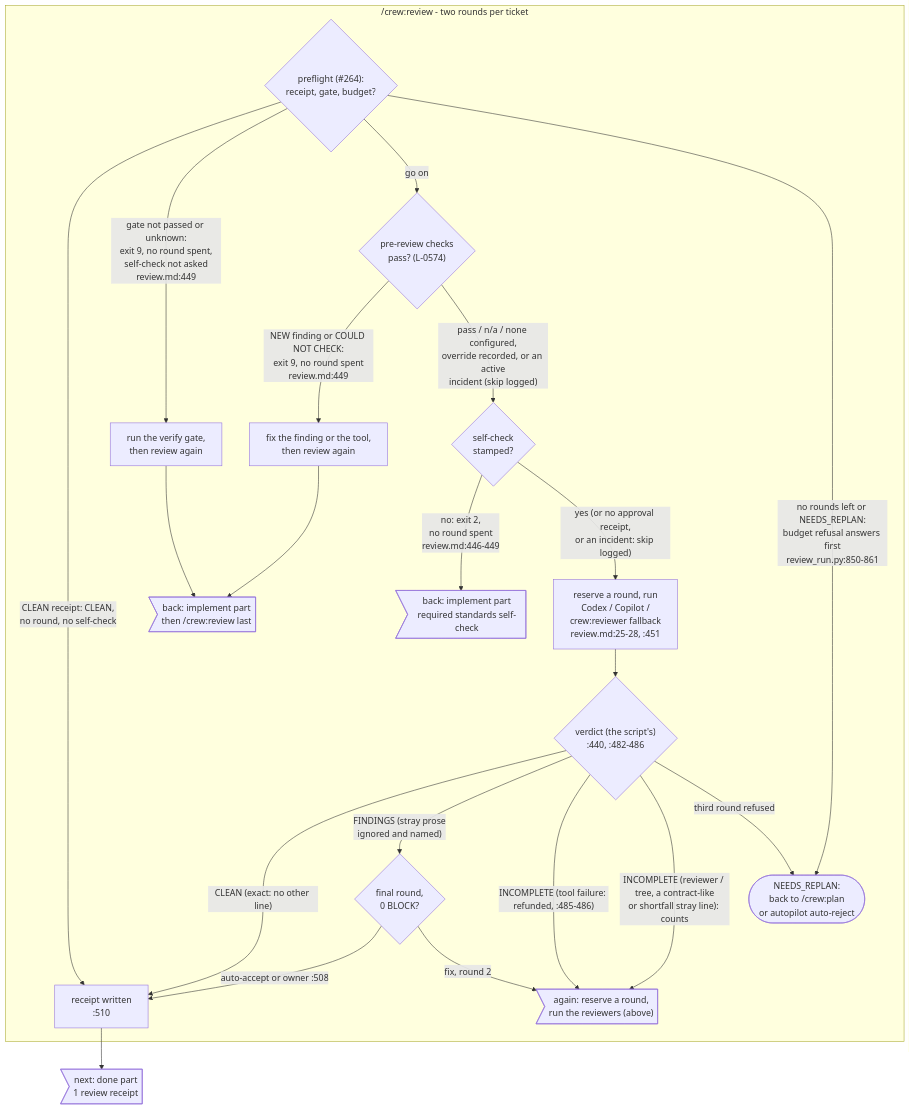
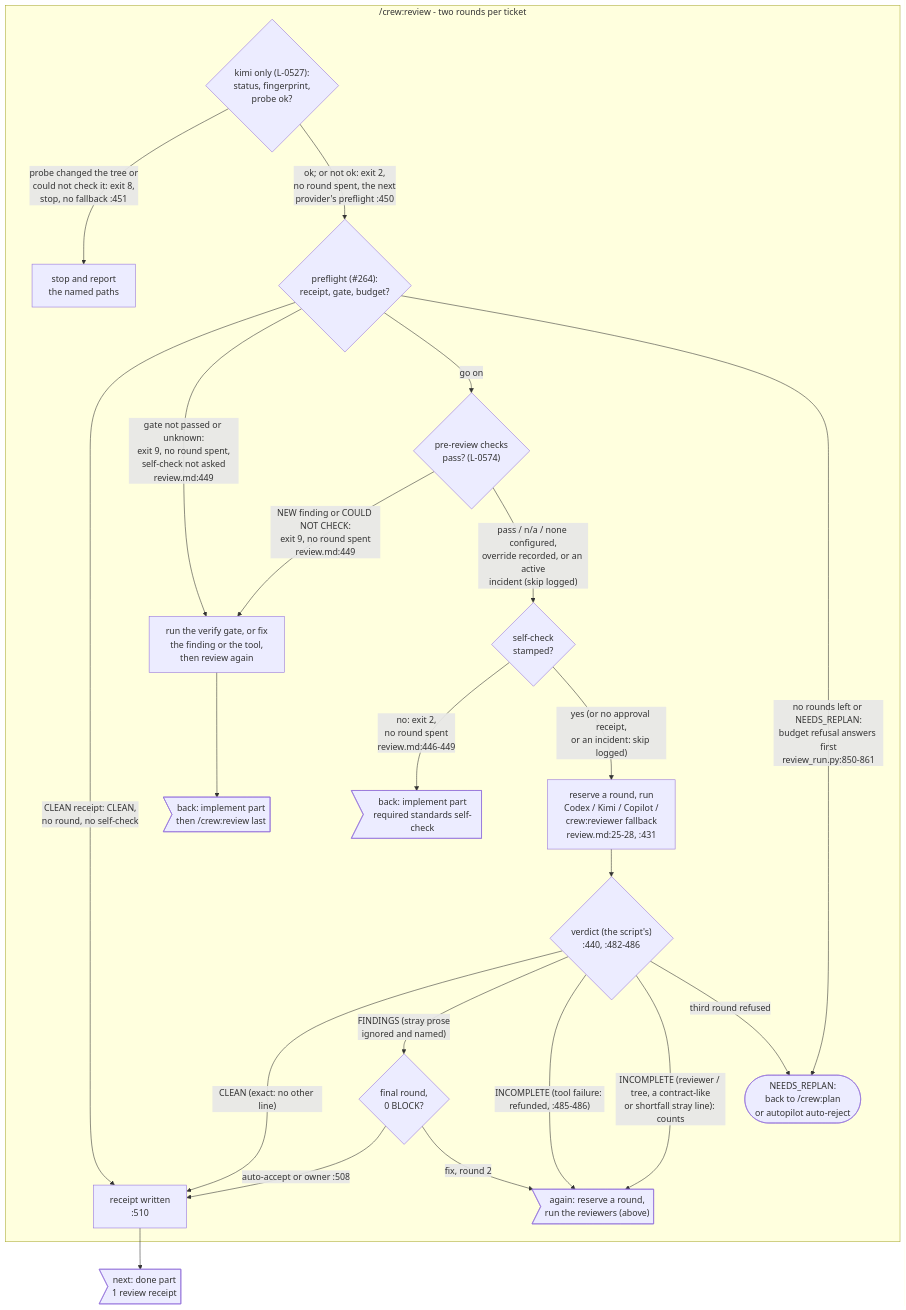
One commit to mbadali25/useful-claude-add-ons changed diagram 30 of 36 in docs/diagrams/README.md. Above: the diagram before and after it, drawn with Mermaid. The commit also changed other lines of this file and 10 other files, not shown here.

First line of the commit message:
L-0527 group review: a tree unknown after the probe stops (exit 8); Windows ends Kimi's job and waits for it to empty; the review diagram shows the Kimi path

````diff
--- a/docs/diagrams/README.md
+++ b/docs/diagrams/README.md
@@ -1137,29 +1137,31 @@
 ```mermaid
 flowchart TB
     subgraph review["/crew:review - two rounds per ticket"]
+        kp0{"kimi only (L-0527):<br/>status, fingerprint,<br/>probe ok?"}
+        kp0 -- "probe changed the tree or<br/>could not check it: exit 8,<br/>stop, no fallback :451" --> kx0["stop and report<br/>the named paths"]
+        kp0 -- "ok; or not ok: exit 2,<br/>no round spent, the next<br/>provider's preflight :450" --> pf0
         pf0{"preflight (#264):<br/>receipt, gate, budget?"}
         pf0 -- "CLEAN receipt: CLEAN,<br/>no round, no self-check" --> rcpt
-        pf0 -- "gate not passed or unknown:<br/>exit 9, no round spent,<br/>self-check not asked<br/>review.md:449" --> vg0["run the verify gate,<br/>then review again"]
-        vg0 --> to_im5
+        pf0 -- "gate not passed or unknown:<br/>exit 9, no round spent,<br/>self-check not asked<br/>review.md:449" --> fx0
         pf0 -- "go on" --> pr0{"pre-review checks<br/>pass? (L-0574)"}
-        pr0 -- "NEW finding or COULD NOT CHECK:<br/>exit 9, no round spent<br/>review.md:449" --> fx0["fix the finding or the tool,<br/>then review again"]
+        pr0 -- "NEW finding or COULD NOT CHECK:<br/>exit 9, no round spent<br/>review.md:449" --> fx0["run the verify gate, or fix<br/>the finding or the tool,<br/>then review again"]
         fx0 --> to_im5
         pr0 -- "pass / n/a / none configured,<br/>override recorded, or an active<br/>incident (skip logged)" --> rv0{"self-check<br/>stamped?"}
         pf0 -- "no rounds left or NEEDS_REPLAN:<br/>budget refusal answers first<br/>review_run.py:850-861" --> replan
         rv0 -- "no: exit 2,<br/>no round spent<br/>review.md:446-449" --> to_sc1
-        rv0 -- "yes (or no approval receipt,<br/>or an incident: skip logged)" --> rv1["reserve a round, run<br/>Codex / Copilot /<br/>crew:reviewer fallback<br/>review.md:25-28, :451"]
+        rv0 -- "yes (or no approval receipt,<br/>or an incident: skip logged)" --> rv1["reserve a round, run<br/>Codex / Kimi / Copilot /<br/>crew:reviewer fallback<br/>review.md:25-28, :431"]
         rv1 --> rv2{"verdict (the script's)<br/>:440, :482-486"}
         rv2 -- "CLEAN (exact: no other line)" --> rcpt["receipt written<br/>:510"]
         rv2 -- "FINDINGS (stray prose<br/>ignored and named)" --> rv3{"final round,<br/>0 BLOCK?"}
         rv3 -- "auto-accept or owner :508" --> rcpt
         rv3 -- "fix, round 2" --> again_rv1
         rv2 -- "INCOMPLETE (tool failure: refunded, :485-486)" --> again_rv1
         rv2 -- "INCOMPLETE (reviewer / tree, a contract-like<br/>or shortfall stray line): counts" --> again_rv1
         rv2 -- "third round refused" --> replan([NEEDS_REPLAN:<br/>back to /crew:plan<br/>or autopilot auto-reject])
     end
 
     again_rv1>"again: reserve a round,<br/>run the reviewers (above)"]
     to_im5>"back: implement part<br/>then /crew:review last"]
     to_sc1>"back: implement part<br/>required standards self-check"]
     rcpt --> to_dn1>"next: done part<br/>1 review receipt"]
 ```
````
